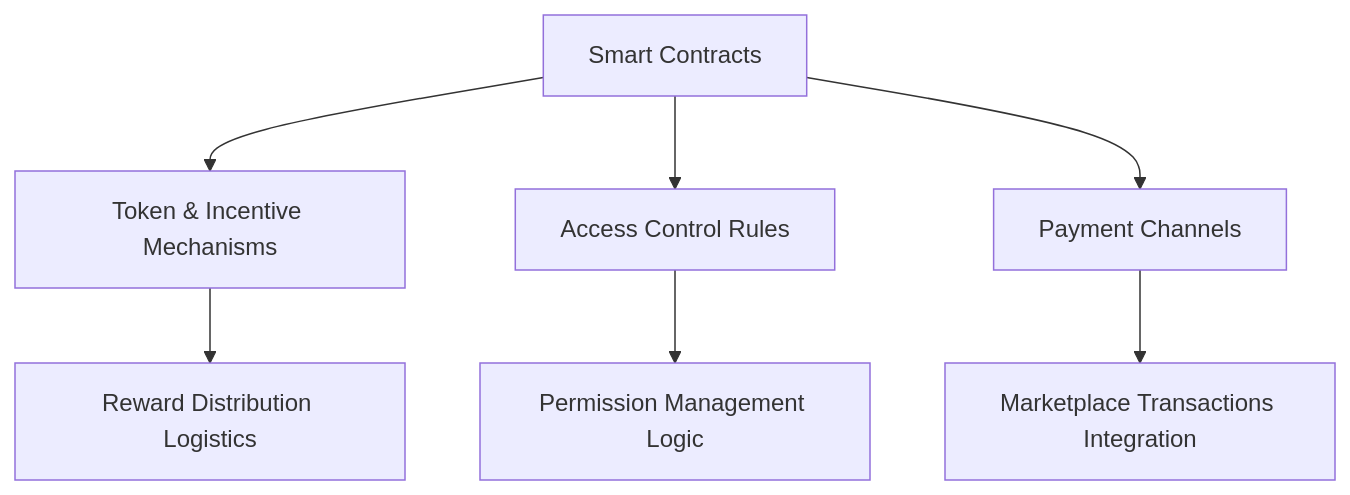
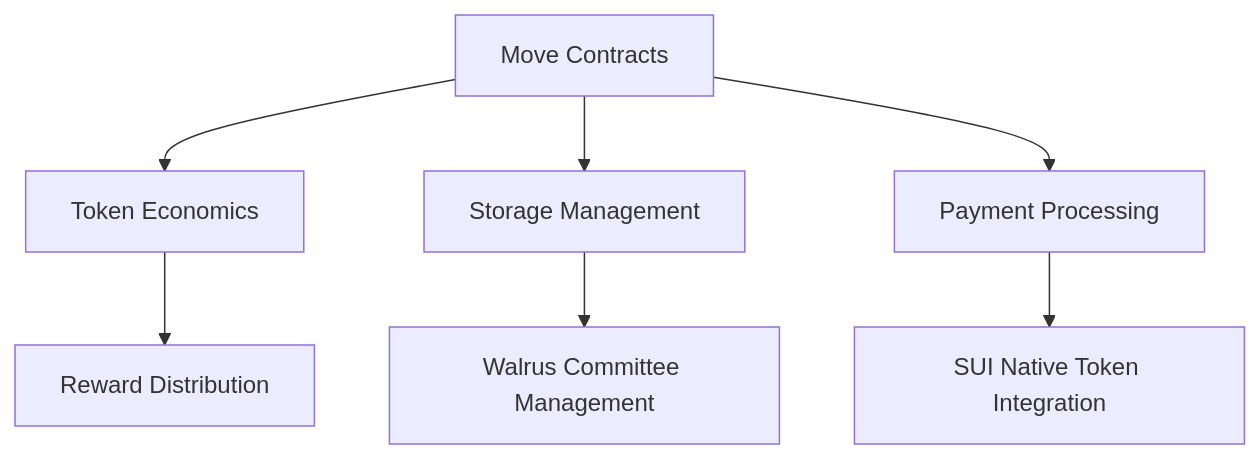
One commit to RivenLSCP/docs changed the first of 3 diagrams in technical/architecture.mdx. Above: the diagram before and after it, drawn with Mermaid. The commit also changed other lines of this file and 12 other files, not shown here.

````diff
--- a/technical/architecture.mdx
+++ b/technical/architecture.mdx
@@ -47,9 +49,9 @@
 ```mermaid
 graph TD
-    A[Smart Contracts] --> B[Token & Incentive Mechanisms]
-    A --> C[Access Control Rules]
-    A --> D[Payment Channels]
-    B --> E[Reward Distribution Logistics]
-    C --> F[Permission Management Logic]
-    D --> G[Marketplace Transactions Integration]
+    A[Move Contracts] --> B[Token Economics]
+    A --> C[Storage Management]
+    A --> D[Payment Processing]
+    B --> E[Reward Distribution]
+    C --> F[Walrus Committee Management]
+    D --> G[SUI Native Token Integration]
 ```
````
